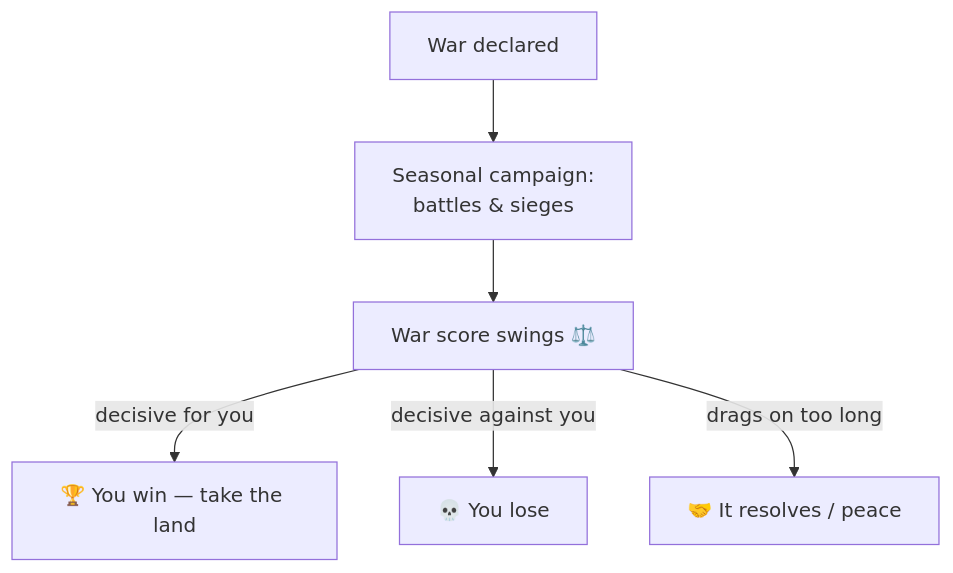
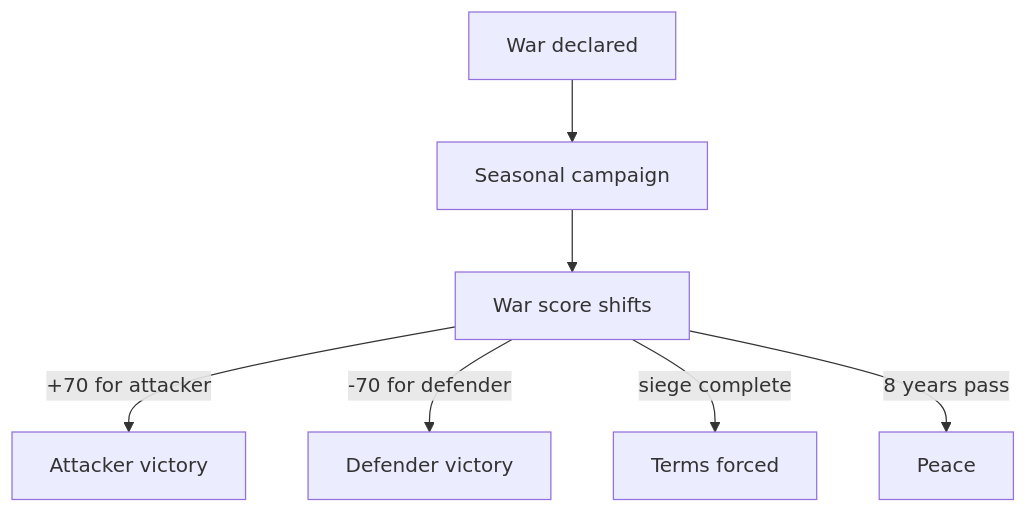
Before and after one commit to kroryan/Quartz-HispaniaBeta: the second of 2 diagrams in content/realm/War.md, drawn with Mermaid. The commit also changed other lines of this file and 35 other files, not shown here.

````diff
--- a/content/realm/War.md
+++ b/content/realm/War.md
@@ -53,8 +61,9 @@
 ```mermaid
 flowchart TD
-    A[War declared] --> B[Seasonal campaign:<br/>battles & sieges]
-    B --> C[War score swings ⚖️]
-    C -->|decisive for you| W[🏆 You win — take the land]
-    C -->|decisive against you| L[💀 You lose]
-    C -->|drags on too long| P[🤝 It resolves / peace]
+    A[War declared] --> B[Seasonal campaign]
+    B --> C[War score shifts]
+    C -->|+70 for attacker| W[Attacker victory]
+    C -->|-70 for defender| L[Defender victory]
+    C -->|siege complete| S[Terms forced]
+    C -->|8 years pass| P[Peace]
 ```
````
